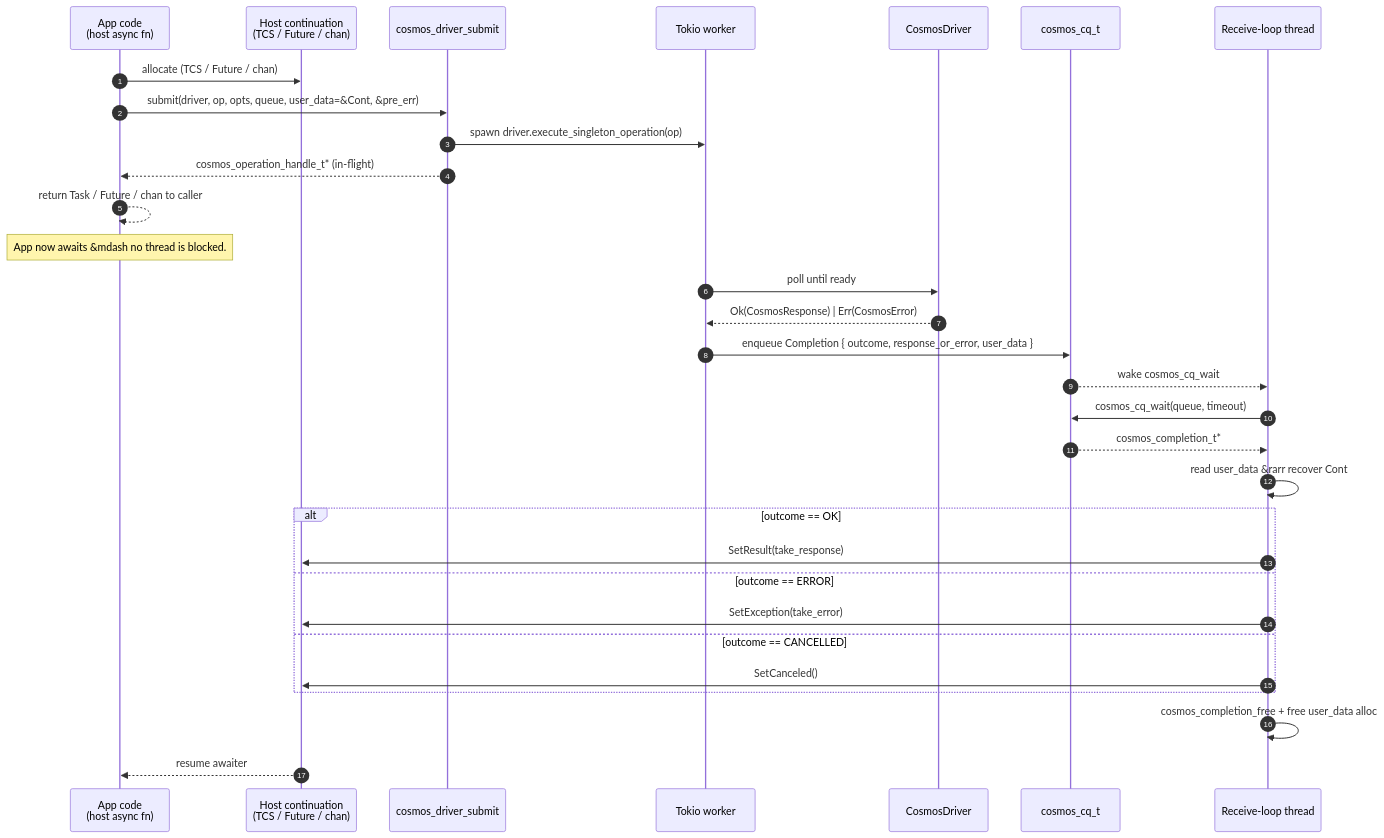
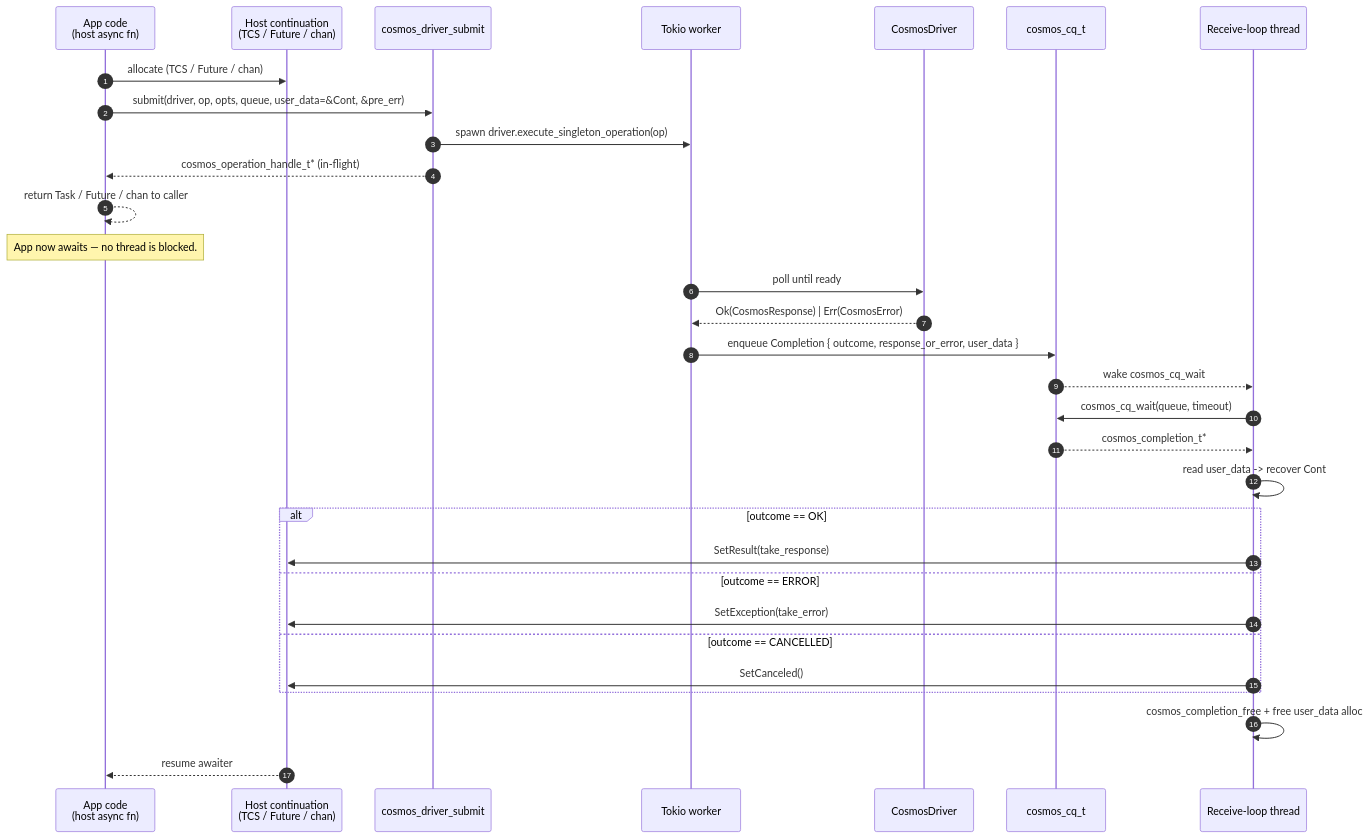
Before and after one commit to Azure/azure-sdk-for-rust: the fourth of 8 diagrams in sdk/cosmos/azure_data_cosmos_driver/docs/ASYNC_INVOCATION_ARCHITECTURE.md, drawn with Mermaid. The commit also changed other lines of this file and 1 other file, not shown here.

````diff
--- a/sdk/cosmos/azure_data_cosmos_driver/docs/ASYNC_INVOCATION_ARCHITECTURE.md
+++ b/sdk/cosmos/azure_data_cosmos_driver/docs/ASYNC_INVOCATION_ARCHITECTURE.md
@@ -215,36 +209,36 @@
 ```mermaid
 sequenceDiagram
     autonumber
     participant App as App code<br/>(host async fn)
     participant Cont as Host continuation<br/>(TCS / Future / chan)
     participant Sub as cosmos_driver_submit
     participant Tok as Tokio worker
     participant Drv as CosmosDriver
     participant CQ as cosmos_cq_t
     participant Rcv as Receive-loop thread
 
     App->>Cont: allocate (TCS / Future / chan)
     App->>Sub: submit(driver, op, opts, queue, user_data=&Cont, &pre_err)
     Sub->>Tok: spawn driver.execute_singleton_operation(op)
     Sub-->>App: cosmos_operation_handle_t* (in-flight)
     App-->>App: return Task / Future / chan to caller
-    Note over App: App now awaits &mdash no thread is blocked.
+    Note over App: App now awaits — no thread is blocked.
 
     Tok->>Drv: poll until ready
     Drv-->>Tok: Ok(CosmosResponse) | Err(CosmosError)
     Tok->>CQ: enqueue Completion { outcome, response_or_error, user_data }
     CQ-->>Rcv: wake cosmos_cq_wait
 
     Rcv->>CQ: cosmos_cq_wait(queue, timeout)
     CQ-->>Rcv: cosmos_completion_t*
-    Rcv->>Rcv: read user_data &rarr recover Cont
+    Rcv->>Rcv: read user_data -> recover Cont
     alt outcome == OK
         Rcv->>Cont: SetResult(take_response)
     else outcome == ERROR
         Rcv->>Cont: SetException(take_error)
     else outcome == CANCELLED
         Rcv->>Cont: SetCanceled()
     end
     Rcv->>Rcv: cosmos_completion_free + free user_data alloc
     Cont-->>App: resume awaiter
 ```
````
